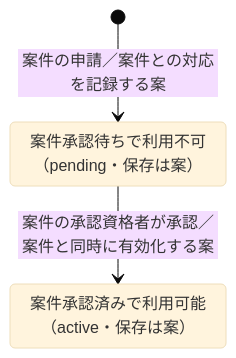
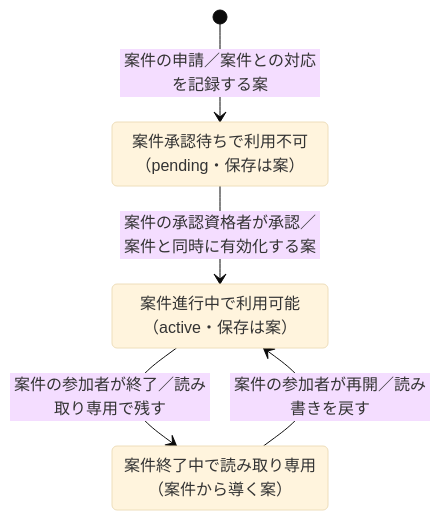
One commit to yamamotonaoki3/internal-system changed the third of 7 diagrams in docs/requirements/state-transitions.md. Above: the diagram before and after it, drawn with Mermaid (base theme). The commit also changed other lines of this file and 9 other files, not shown here.

````diff
--- a/docs/requirements/state-transitions.md
+++ b/docs/requirements/state-transitions.md
@@ -92,7 +100,10 @@
 ```mermaid
 stateDiagram-v2
     state "案件承認待ちで利用不可（pending・保存は案）" as RoomPending
-    state "案件承認済みで利用可能（active・保存は案）" as RoomActive
+    state "案件進行中で利用可能（active・保存は案）" as RoomActive
+    state "案件終了中で読み取り専用（案件から導く案）" as RoomReadOnly
     [*] --> RoomPending: 案件の申請／案件との対応を記録する案
     RoomPending --> RoomActive: 案件の承認資格者が承認／案件と同時に有効化する案
+    RoomActive --> RoomReadOnly: 案件の参加者が終了／読み取り専用で残す
+    RoomReadOnly --> RoomActive: 案件の参加者が再開／読み書きを戻す
 ```
````
